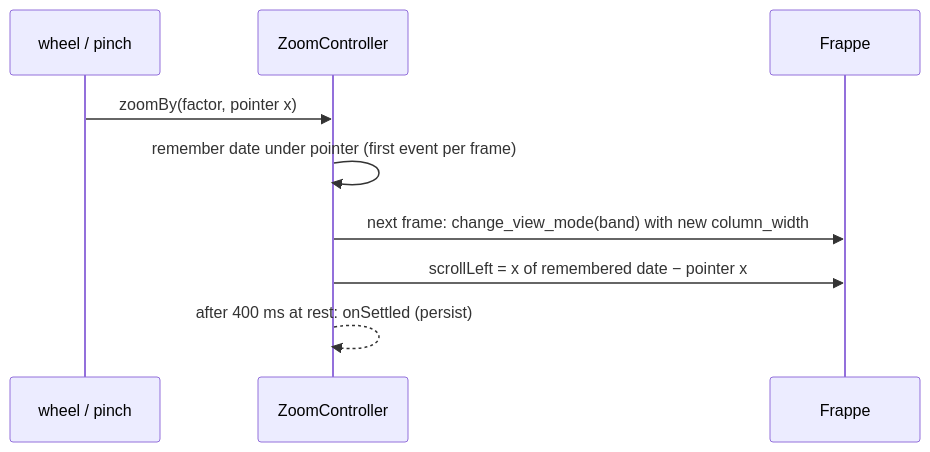
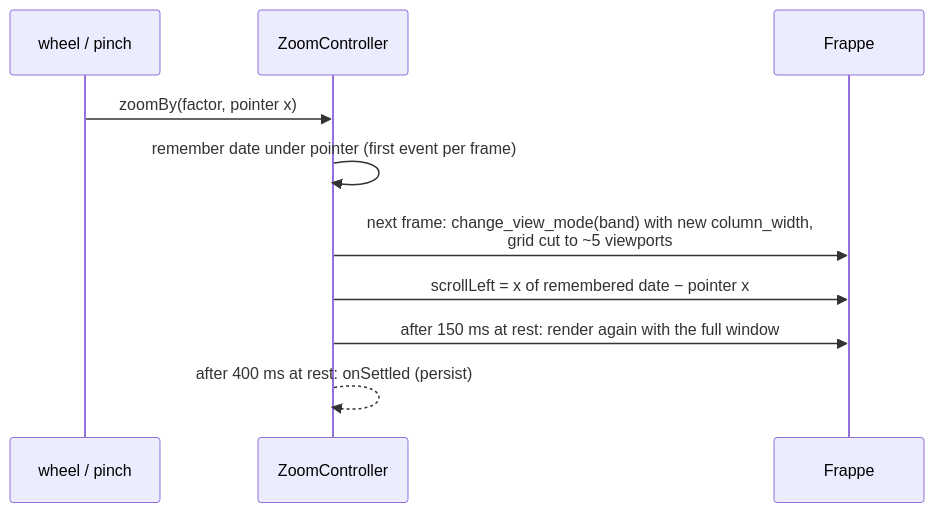
Before and after one commit to beathvn/obsidian-bases-gantt: the diagram in docs/zoom.md, drawn with Mermaid. The commit also changed 2 other files, not shown here.

Commit message:
Bring the docs up to date with the latest fixes
- Architecture: what afterRender does now (bar animations removed, no
  fixed colors there), the highlight_holidays and grid-window patches,
  and the extra roles of zoom.ts and colors.ts.
- Zoom: the sequence diagram shows the gesture window and the full
  render once the gesture rests.
- Commands and menus: only a plain left click creates a task, and only
  from Week zoom on. The menus' Scroll to today is the same as the Today
  button.

````diff
--- a/docs/zoom.md
+++ b/docs/zoom.md
@@ -19,11 +19,12 @@
 ```mermaid
 sequenceDiagram
     participant Input as wheel / pinch
     participant Z as ZoomController
     participant F as Frappe
     Input->>Z: zoomBy(factor, pointer x)
     Z->>Z: remember date under pointer (first event per frame)
-    Z->>F: next frame: change_view_mode(band) with new column_width
+    Z->>F: next frame: change_view_mode(band) with new column_width,<br/>grid cut to ~5 viewports
     Z->>F: scrollLeft = x of remembered date − pointer x
+    Z->>F: after 150 ms at rest: render again with the full window
     Z-->>Z: after 400 ms at rest: onSettled (persist)
 ```
````
